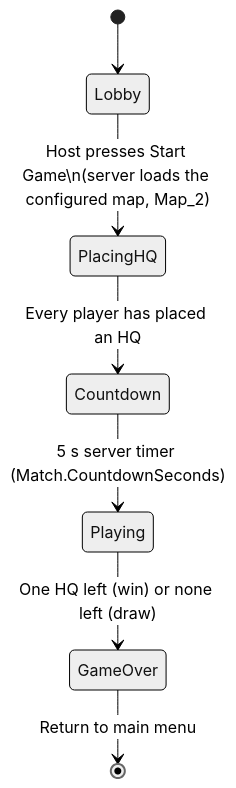
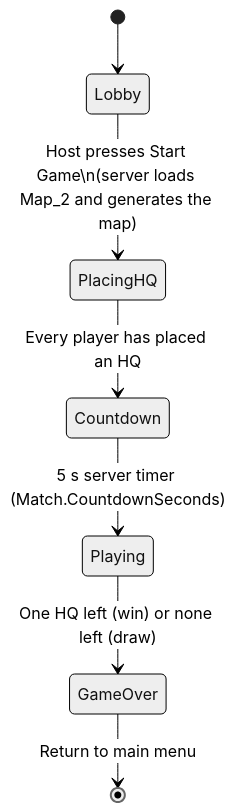
Before and after one commit to CoolCoder353/WAR-2D: the diagram in docs/gameplay.md, drawn with Mermaid (neutral theme). The commit also changed other lines of this file and 4 other files, not shown here.

````diff
--- a/docs/gameplay.md
+++ b/docs/gameplay.md
@@ -11,9 +11,9 @@
 ```mermaid
 stateDiagram-v2
     [*] --> Lobby
-    Lobby --> PlacingHQ: Host presses Start Game\n(server loads the configured map, Map_2)
+    Lobby --> PlacingHQ: Host presses Start Game\n(server loads Map_2 and generates the map)
     PlacingHQ --> Countdown: Every player has placed an HQ
     Countdown --> Playing: 5 s server timer (Match.CountdownSeconds)
     Playing --> GameOver: One HQ left (win) or none left (draw)
     GameOver --> [*]: Return to main menu
 ```
````
